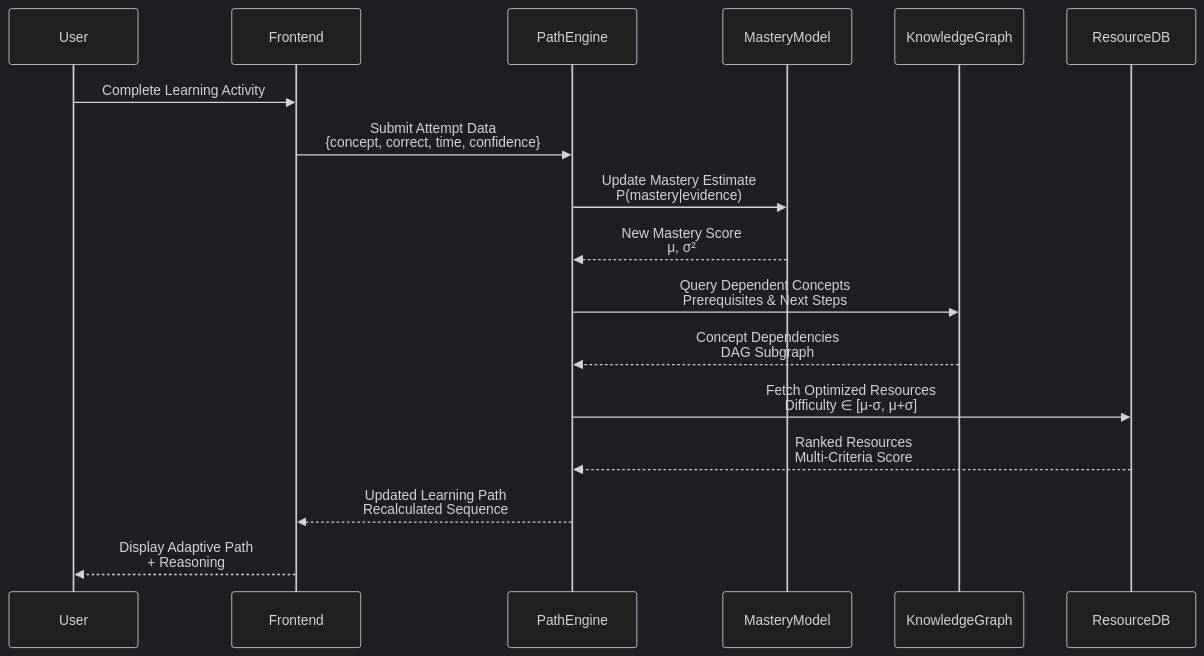
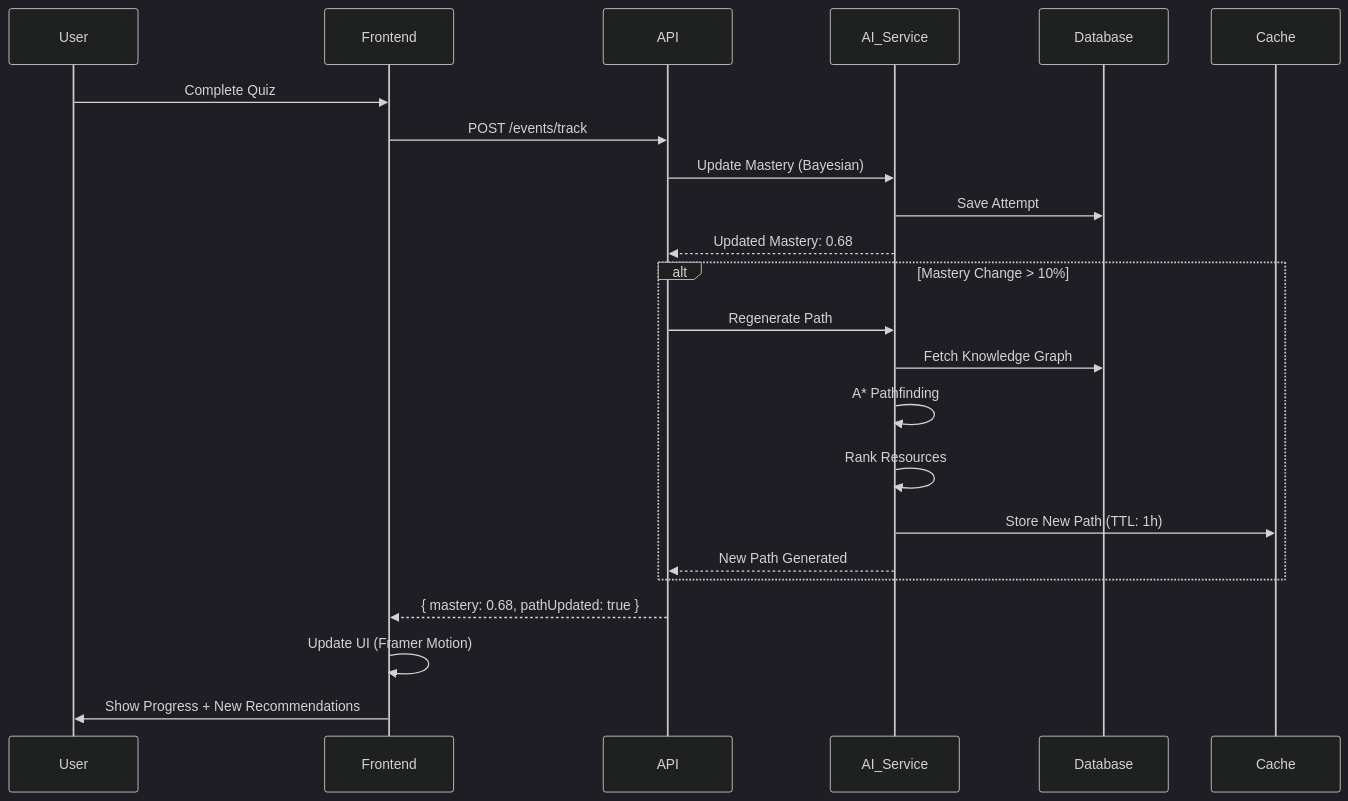
One commit to lucylow/learnpathai changed the third of 3 diagrams in README.md. Above: the diagram before and after it, drawn with Mermaid (dark theme). The commit also changed other lines of this file and 99 other files, not shown here.

````diff
--- a/README.md
+++ b/README.md
@@ -105,24 +629,28 @@
 ```mermaid
 sequenceDiagram
     participant User
     participant Frontend
-    participant PathEngine
-    participant MasteryModel
-    participant KnowledgeGraph
-    participant ResourceDB
+    participant API
+    participant AI_Service
+    participant Database
+    participant Cache
     
-    User->>Frontend: Complete Learning Activity
-    Frontend->>PathEngine: Submit Attempt Data<br/>{concept, correct, time, confidence}
+    User->>Frontend: Complete Quiz
+    Frontend->>API: POST /events/track
+    API->>AI_Service: Update Mastery (Bayesian)
+    AI_Service->>Database: Save Attempt
+    AI_Service-->>API: Updated Mastery: 0.68
     
-    PathEngine->>MasteryModel: Update Mastery Estimate<br/>P(mastery|evidence)
-    MasteryModel-->>PathEngine: New Mastery Score<br/>μ, σ²
+    alt Mastery Change > 10%
+        API->>AI_Service: Regenerate Path
+        AI_Service->>Database: Fetch Knowledge Graph
+        AI_Service->>AI_Service: A* Pathfinding
+        AI_Service->>AI_Service: Rank Resources
+        AI_Service->>Cache: Store New Path (TTL: 1h)
+        AI_Service-->>API: New Path Generated
+    end
     
-    PathEngine->>KnowledgeGraph: Query Dependent Concepts<br/>Prerequisites & Next Steps
-    KnowledgeGraph-->>PathEngine: Concept Dependencies<br/>DAG Subgraph
-    
-    PathEngine->>ResourceDB: Fetch Optimized Resources<br/>Difficulty ∈ [μ-σ, μ+σ]
-    ResourceDB-->>PathEngine: Ranked Resources<br/>Multi-Criteria Score
-    
-    PathEngine-->>Frontend: Updated Learning Path<br/>Recalculated Sequence
-    Frontend-->>User: Display Adaptive Path<br/>+ Reasoning
+    API-->>Frontend: { mastery: 0.68, pathUpdated: true }
+    Frontend->>Frontend: Update UI (Framer Motion)
+    Frontend->>User: Show Progress + New Recommendations
 ```
````
